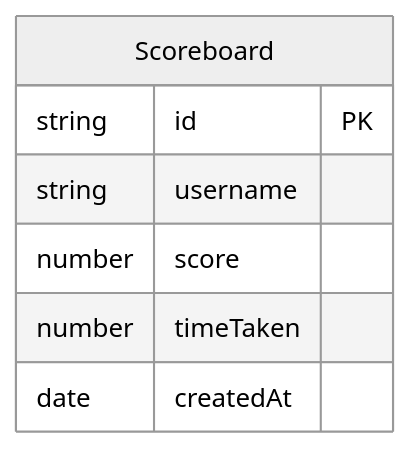
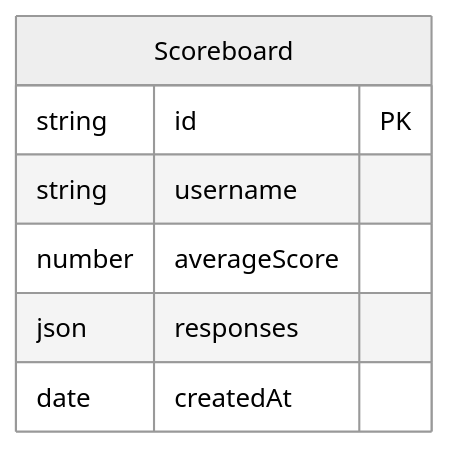
The diagram in api/ERD.md (lmcrean/crocodile-kingdom-mern), drawn with Mermaid (neutral theme) before and after one commit. The commit also changed other lines of this file and 1 other file, not shown here.

Commit message:
refactor(ERD): update scoreboard schema to include averageScore and responses
- Replaced the 'score' and 'timeTaken' fields with 'averageScore' and 'responses' in the scoreboard entity.
- Updated the documentation to reflect the new schema changes, ensuring clarity on the purpose of each field.

````diff
--- a/api/ERD.md
+++ b/api/ERD.md
@@ -1,10 +1,10 @@
 ```mermaid
 erDiagram
     Scoreboard {
         string id PK
         string username
-        number score
-        number timeTaken
+        number averageScore
+        json responses
         date createdAt
     }
 ```
````
